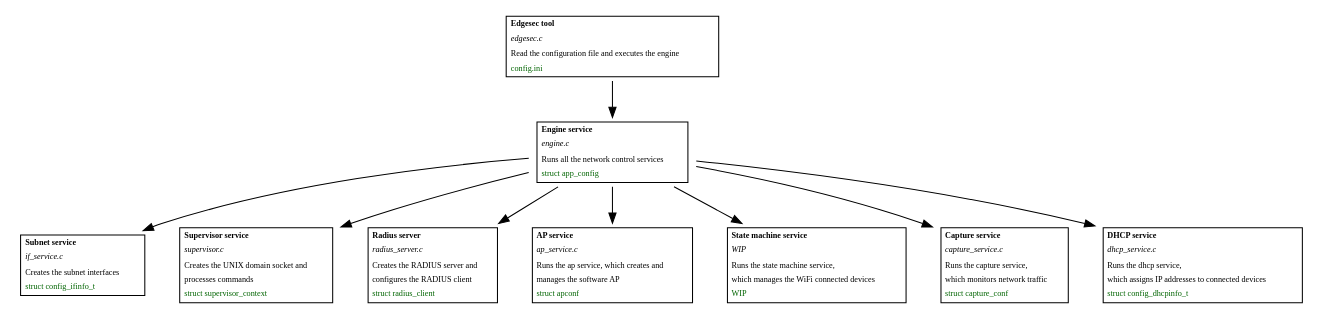
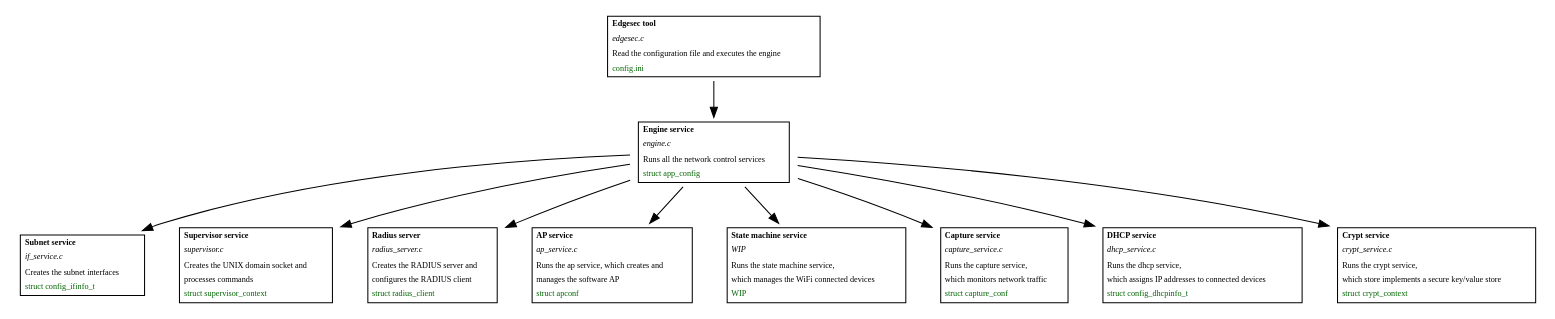
Before and after one commit to nqminds/edgesec: the diagram in docs/network-control-arch.dot, drawn with Graphviz. The commit also changed 11 other files, not shown here.

```diff
--- a/docs/network-control-arch.dot
+++ b/docs/network-control-arch.dot
@@ -1,91 +1,101 @@
 digraph D {
 
   node [shape=plaintext fontname="Sans serif" fontsize="8"];
 
   edgesec [ label=<
    <table border="1" cellborder="0" cellspacing="1">
      <tr><td align="left"><b>Edgesec tool</b></td></tr>
      <tr><td align="left"><i>edgesec.c</i></td></tr>
      <tr><td align="left">Read the configuration file and executes the engine</td></tr>
      <tr><td align="left"><font color="darkgreen">config.ini</font></td></tr>
    </table>>];
 
   engine [ label=<
    <table border="1" cellborder="0" cellspacing="1">
      <tr><td align="left"><b>Engine service</b></td></tr>
      <tr><td align="left"><i>engine.c</i></td></tr>
      <tr><td align="left">Runs all the network control services</td></tr>
      <tr><td align="left"><font color="darkgreen">struct app_config</font></td></tr>
    </table>>];
 
   subnet_service [ label=<
    <table border="1" cellborder="0" cellspacing="1">
      <tr><td align="left"><b>Subnet service</b></td></tr>
      <tr><td align="left"><i>if_service.c</i></td></tr>
      <tr><td align="left">Creates the subnet interfaces</td></tr>
      <tr><td align="left"><font color="darkgreen">struct config_ifinfo_t</font></td></tr>
    </table>>];
 
   supervisor [ label=<
    <table border="1" cellborder="0" cellspacing="1">
      <tr><td align="left"><b>Supervisor service</b></td></tr>
      <tr><td align="left"><i>supervisor.c</i></td></tr>
      <tr><td align="left">Creates the UNIX domain socket and</td></tr>
      <tr><td align="left">processes commands</td></tr>
      <tr><td align="left"><font color="darkgreen">struct supervisor_context</font></td></tr>
    </table>>];
 
   radius [ label=<
    <table border="1" cellborder="0" cellspacing="1">
      <tr><td align="left"><b>Radius server</b></td></tr>
      <tr><td align="left"><i>radius_server.c</i></td></tr>
      <tr><td align="left">Creates the RADIUS server and</td></tr>
      <tr><td align="left">configures the RADIUS client</td></tr>
      <tr><td align="left"><font color="darkgreen">struct radius_client</font></td></tr>
    </table>>];
 
   ap [ label=<
    <table border="1" cellborder="0" cellspacing="1">
      <tr><td align="left"><b>AP service</b></td></tr>
      <tr><td align="left"><i>ap_service.c</i></td></tr>
      <tr><td align="left">Runs the ap service, which creates and</td></tr>
      <tr><td align="left">manages the software AP</td></tr>
      <tr><td align="left"><font color="darkgreen">struct apconf</font></td></tr>
    </table>>];
 
   state [ label=<
    <table border="1" cellborder="0" cellspacing="1">
      <tr><td align="left"><b>State machine service</b></td></tr>
      <tr><td align="left"><i>WIP</i></td></tr>
      <tr><td align="left">Runs the state machine service,</td></tr>
      <tr><td align="left">which manages the WiFi connected devices</td></tr>
      <tr><td align="left"><font color="darkgreen">WIP</font></td></tr>
    </table>>];
 
   capture [ label=<
    <table border="1" cellborder="0" cellspacing="1">
      <tr><td align="left"><b>Capture service</b></td></tr>
      <tr><td align="left"><i>capture_service.c</i></td></tr>
      <tr><td align="left">Runs the capture service,</td></tr>
      <tr><td align="left">which monitors network traffic</td></tr>
      <tr><td align="left"><font color="darkgreen">struct capture_conf</font></td></tr>
    </table>>];
 
   dhcp [ label=<
    <table border="1" cellborder="0" cellspacing="1">
      <tr><td align="left"><b>DHCP service</b></td></tr>
      <tr><td align="left"><i>dhcp_service.c</i></td></tr>
      <tr><td align="left">Runs the dhcp service,</td></tr>
      <tr><td align="left">which assigns IP addresses to connected devices</td></tr>
      <tr><td align="left"><font color="darkgreen">struct config_dhcpinfo_t</font></td></tr>
    </table>>];
 
+  crypt [ label=<
+   <table border="1" cellborder="0" cellspacing="1">
+     <tr><td align="left"><b>Crypt service</b></td></tr>
+     <tr><td align="left"><i>crypt_service.c</i></td></tr>
+     <tr><td align="left">Runs the crypt service,</td></tr>
+     <tr><td align="left">which store implements a secure key/value store</td></tr>
+     <tr><td align="left"><font color="darkgreen">struct crypt_context</font></td></tr>
+   </table>>];
+
   edgesec -> engine;
   engine -> subnet_service;
   engine -> supervisor;
   engine -> radius;
   engine -> ap;
   engine -> state;
   engine -> capture;
   engine -> dhcp;
+  engine -> crypt;
 }
```
